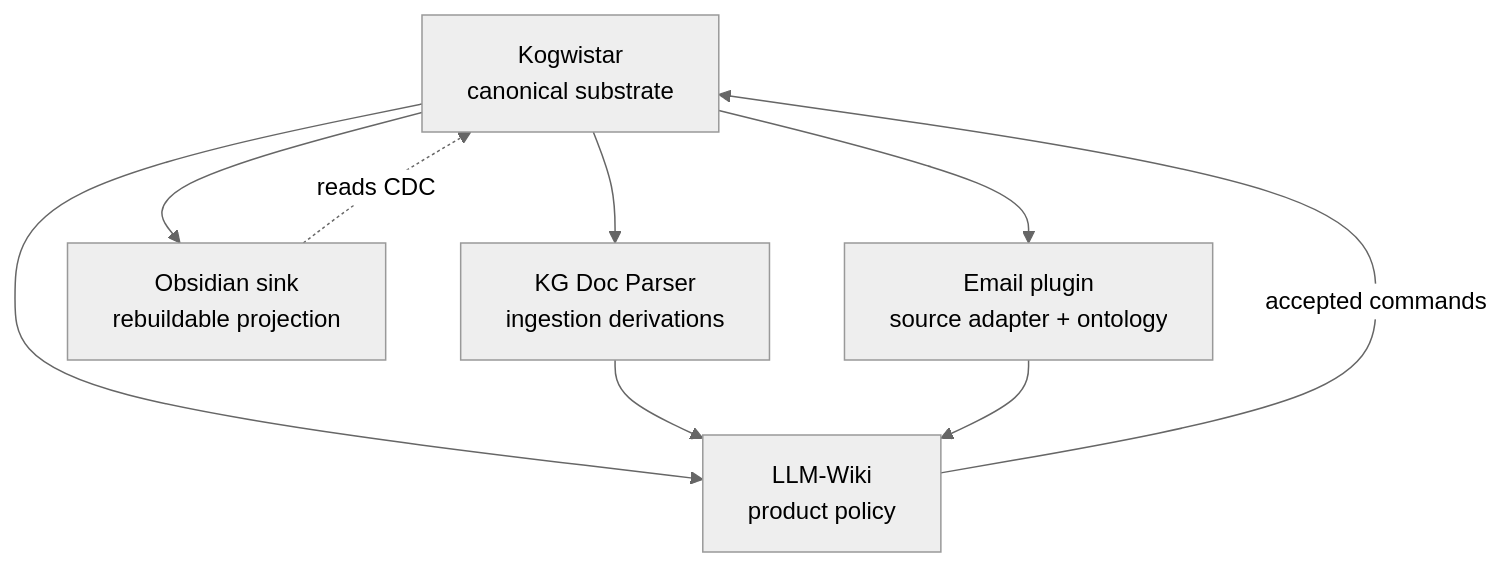
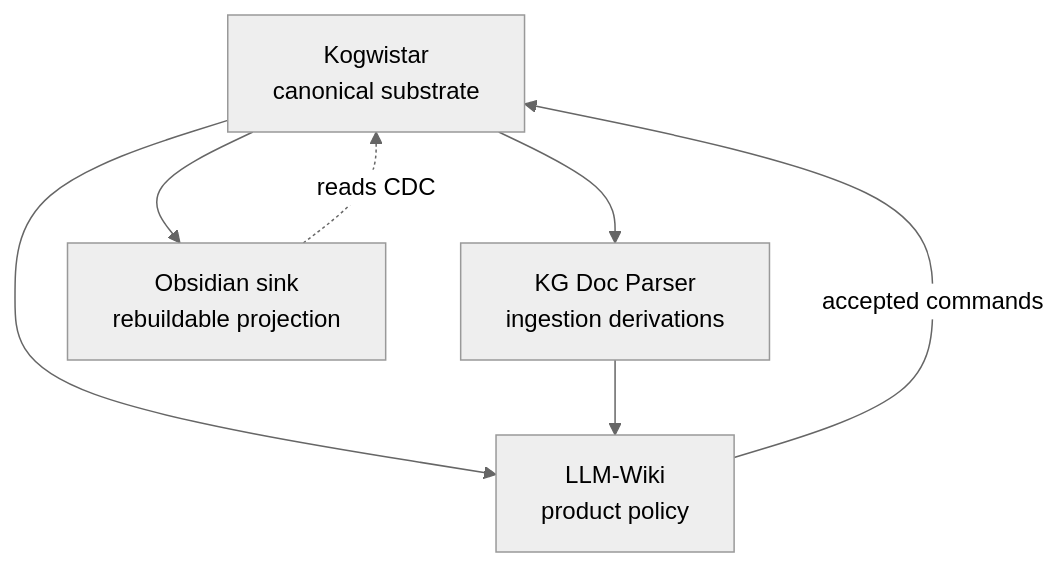
Before and after one commit to humblemat810/kogwistar-llm-wiki: the diagram in doc/responsibility_matrix.md, drawn with Mermaid (neutral theme). The commit also changed other lines of this file and 6 other files, not shown here.

````diff
--- a/doc/responsibility_matrix.md
+++ b/doc/responsibility_matrix.md
@@ -83,11 +82,9 @@
 ```mermaid
 flowchart TB
     K[Kogwistar\ncanonical substrate] --> P[KG Doc Parser\ningestion derivations]
     K --> O[Obsidian sink\nrebuildable projection]
-    K --> E[Email plugin\nsource adapter + ontology]
     K --> L[LLM-Wiki\nproduct policy]
     P --> L
-    E --> L
     L -->|accepted commands| K
     O -. reads CDC .-> K
 ```
````
